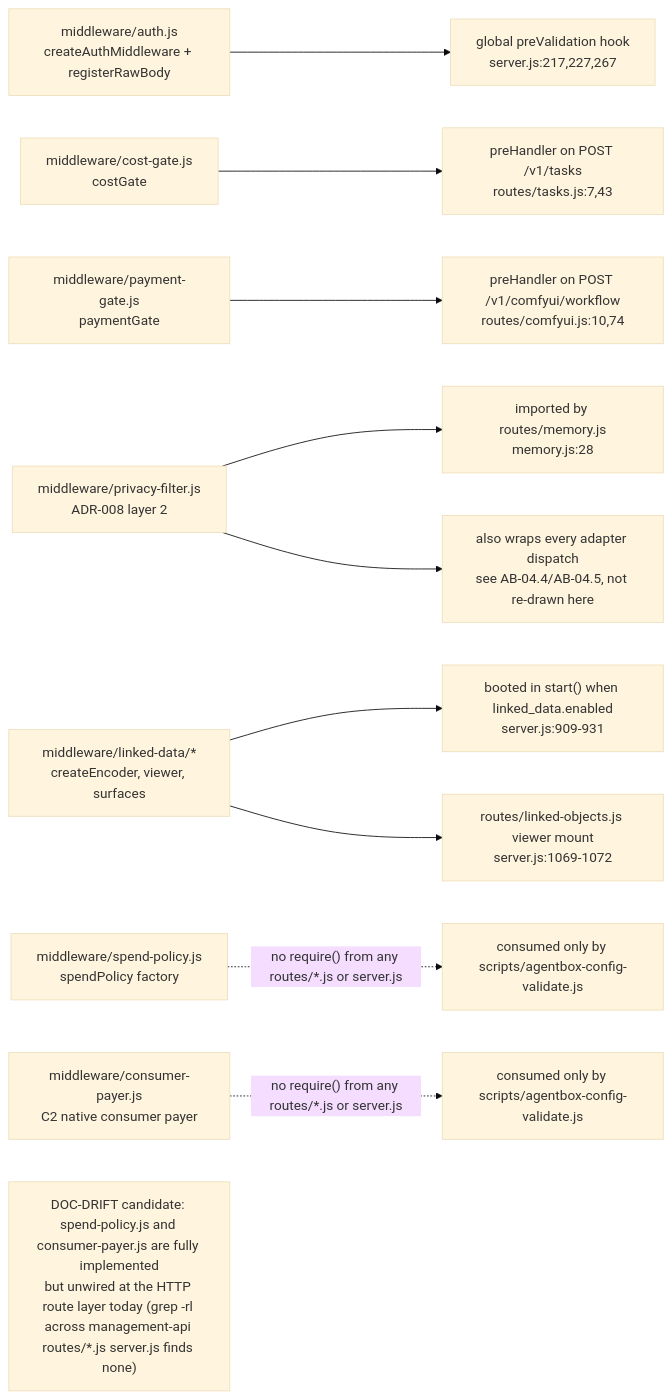
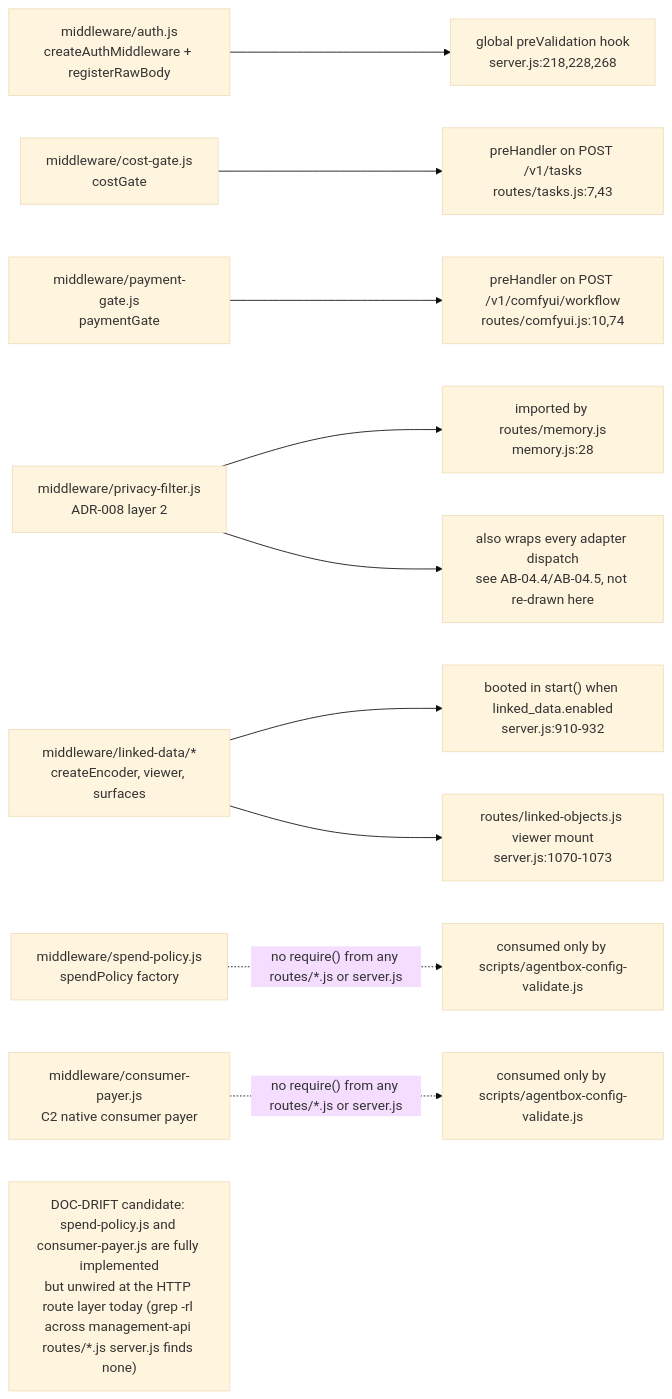
Before and after one commit to DreamLab-AI/VisionFlow: diagram 16 of 17 in docs/diagrams/agentbox/03-management-api-request-lifecycle.md, drawn with Mermaid (base theme). The commit also changed other lines of this file and 28 other files, not shown here.

````diff
--- a/docs/diagrams/agentbox/03-management-api-request-lifecycle.md
+++ b/docs/diagrams/agentbox/03-management-api-request-lifecycle.md
@@ -613,13 +615,13 @@
 ```mermaid
 flowchart LR
-    A["middleware/auth.js<br/>createAuthMiddleware + registerRawBody"] --> A1["global preValidation hook<br/>server.js:217,227,267"]
+    A["middleware/auth.js<br/>createAuthMiddleware + registerRawBody"] --> A1["global preValidation hook<br/>server.js:218,228,268"]
     B["middleware/cost-gate.js<br/>costGate"] --> B1["preHandler on POST /v1/tasks<br/>routes/tasks.js:7,43"]
     C["middleware/payment-gate.js<br/>paymentGate"] --> C1["preHandler on POST /v1/comfyui/workflow<br/>routes/comfyui.js:10,74"]
     D["middleware/privacy-filter.js<br/>ADR-008 layer 2"] --> D1["imported by routes/memory.js<br/>memory.js:28"]
     D --> D2["also wraps every adapter dispatch<br/>see AB-04.4/AB-04.5, not re-drawn here"]
-    E["middleware/linked-data/*<br/>createEncoder, viewer, surfaces"] --> E1["booted in start() when linked_data.enabled<br/>server.js:909-931"]
-    E --> E2["routes/linked-objects.js viewer mount<br/>server.js:1069-1072"]
+    E["middleware/linked-data/*<br/>createEncoder, viewer, surfaces"] --> E1["booted in start() when linked_data.enabled<br/>server.js:910-932"]
+    E --> E2["routes/linked-objects.js viewer mount<br/>server.js:1070-1073"]
     F["middleware/spend-policy.js<br/>spendPolicy factory"] -.->|"no require() from any routes/*.js or server.js"| F1["consumed only by scripts/agentbox-config-validate.js"]
     G["middleware/consumer-payer.js<br/>C2 native consumer payer"] -.->|"no require() from any routes/*.js or server.js"| G1["consumed only by scripts/agentbox-config-validate.js"]
     Note1["DOC-DRIFT candidate: spend-policy.js and consumer-payer.js are fully implemented<br/>but unwired at the HTTP route layer today (grep -rl across management-api routes/*.js server.js finds none)"]
 ```
````
